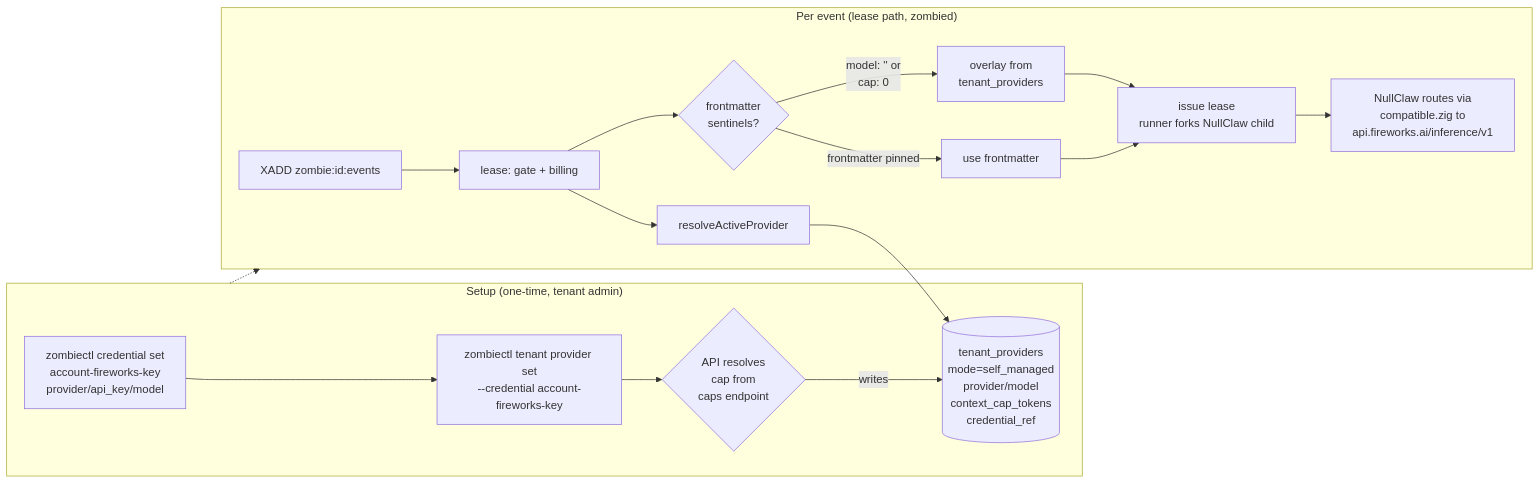
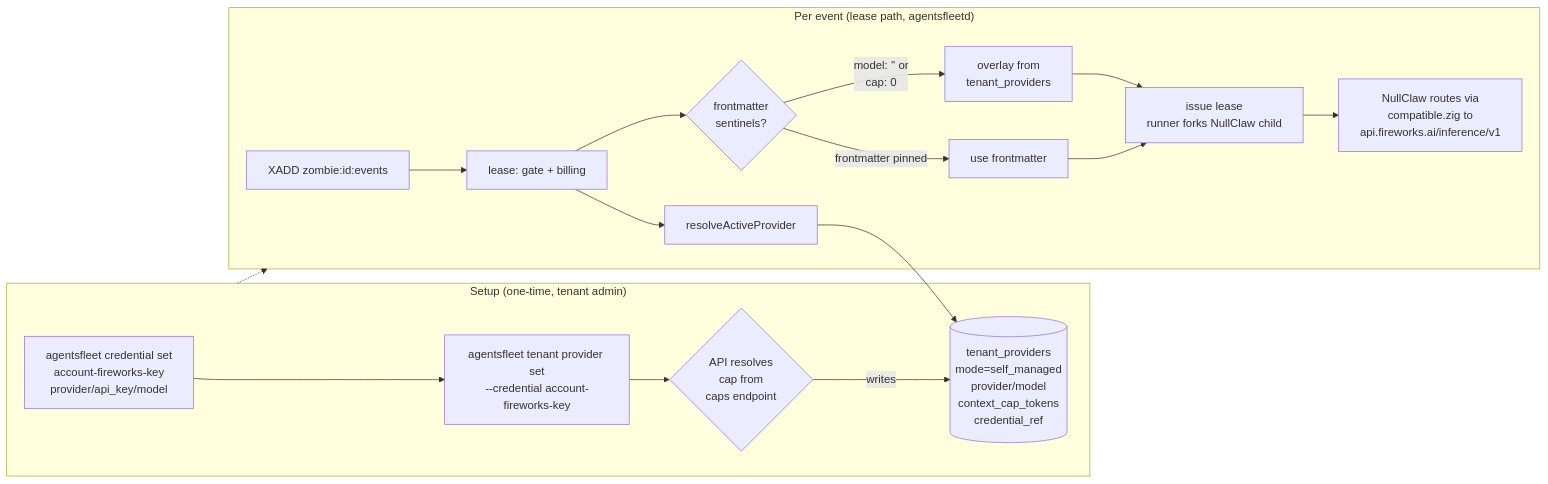
Before and after one commit to agentsfleet/agentsfleet: the diagram in docs/architecture/scenarios/02_self_managed.md, drawn with Mermaid. The commit also changed other lines of this file and 1026 other files, not shown here.

````diff
--- a/docs/architecture/scenarios/02_self_managed.md
+++ b/docs/architecture/scenarios/02_self_managed.md
@@ -23,20 +23,20 @@
 ```mermaid
 flowchart LR
     subgraph Setup["Setup (one-time, tenant admin)"]
-        A[zombiectl credential set<br/>account-fireworks-key<br/>provider/api_key/model] --> B[zombiectl tenant provider set<br/>--credential account-fireworks-key]
+        A[agentsfleet credential set<br/>account-fireworks-key<br/>provider/api_key/model] --> B[agentsfleet tenant provider set<br/>--credential account-fireworks-key]
         B --> C{API resolves<br/>cap from<br/>caps endpoint}
         C -->|writes| D[(tenant_providers<br/>mode=self_managed<br/>provider/model<br/>context_cap_tokens<br/>credential_ref)]
     end
-    subgraph Trigger["Per event (lease path, zombied)"]
+    subgraph Trigger["Per event (lease path, agentsfleetd)"]
         E[XADD zombie:id:events] --> F[lease: gate + billing]
         F --> G[resolveActiveProvider]
         G --> D
         F --> H{frontmatter<br/>sentinels?}
         H -->|model: '' or<br/>cap: 0| I[overlay from<br/>tenant_providers]
         H -->|frontmatter pinned| J[use frontmatter]
         I --> K[issue lease<br/>runner forks NullClaw child]
         J --> K
         K --> L[NullClaw routes via<br/>compatible.zig to<br/>api.fireworks.ai/inference/v1]
     end
     Setup -.-> Trigger
 ```
````
